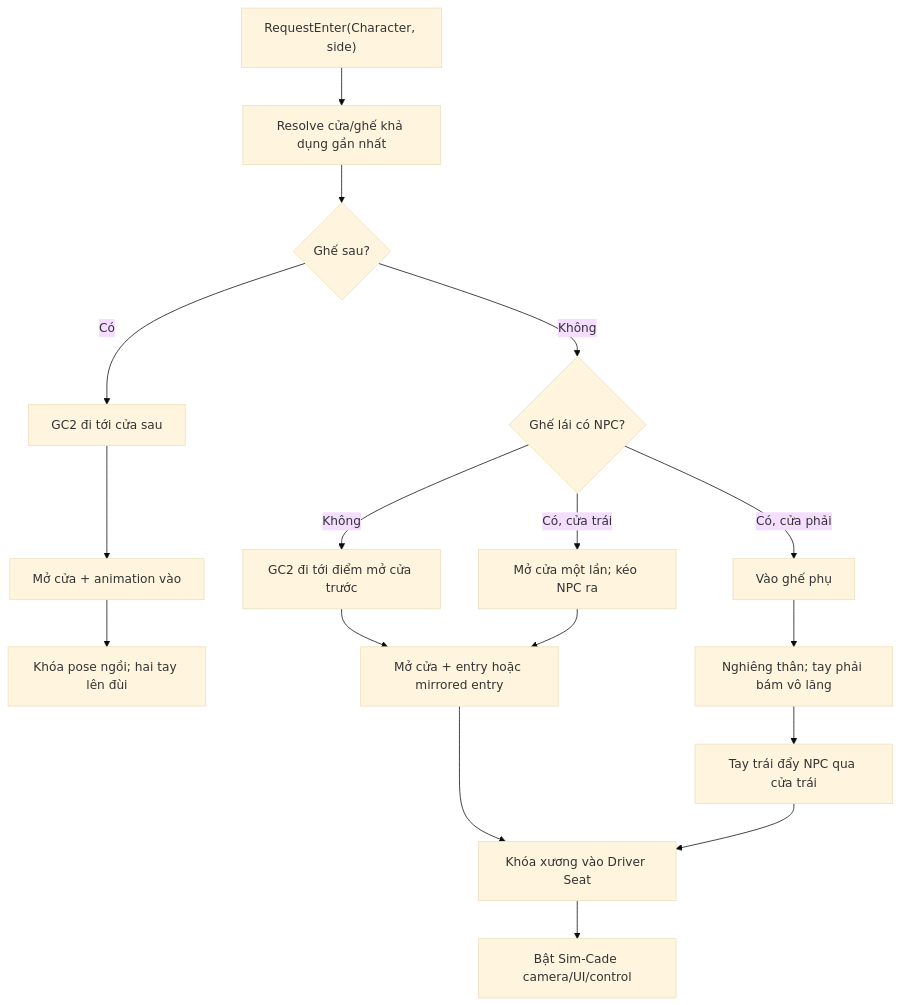
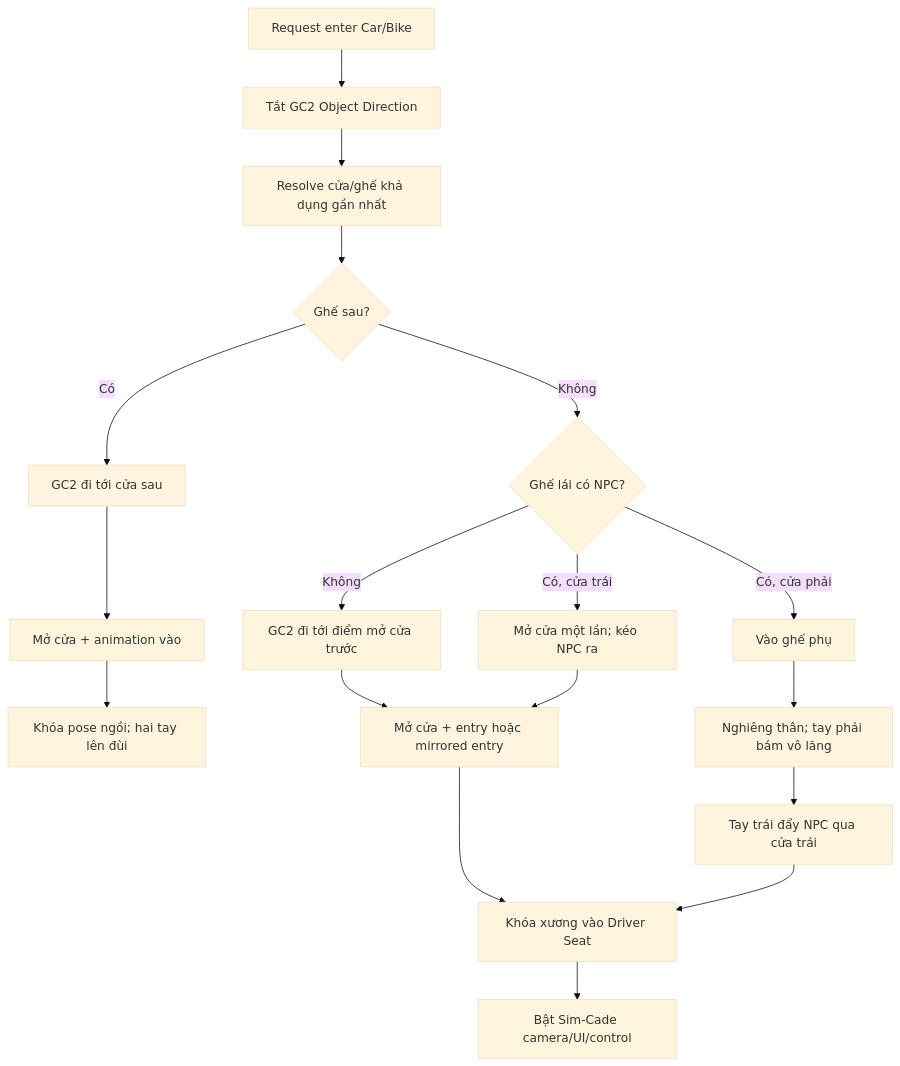
One commit to diepquocphong/AnonymousCrime changed the fourth of 5 diagrams in Assets/Ash Assets/Vehicle Integration/README.md. Above: the diagram before and after it, drawn with Mermaid (base theme). The commit also changed other lines of this file and 162 other files, not shown here.

````diff
--- a/Assets/Ash Assets/Vehicle Integration/README.md
+++ b/Assets/Ash Assets/Vehicle Integration/README.md
@@ -687,19 +771,20 @@
 ```mermaid
 flowchart TD
-    A["RequestEnter(Character, side)"] --> B["Resolve cửa/ghế khả dụng gần nhất"]
+    A["Request enter Car/Bike"] --> A1["Tắt GC2 Object Direction"]
+    A1 --> B["Resolve cửa/ghế khả dụng gần nhất"]
     B --> C{"Ghế sau?"}
     C -- Có --> D["GC2 đi tới cửa sau"]
     D --> E["Mở cửa + animation vào"]
     E --> F["Khóa pose ngồi; hai tay lên đùi"]
     C -- Không --> G{"Ghế lái có NPC?"}
     G -- Không --> H["GC2 đi tới điểm mở cửa trước"]
     H --> I["Mở cửa + entry hoặc mirrored entry"]
     I --> J["Khóa xương vào Driver Seat"]
     J --> K["Bật Sim-Cade camera/UI/control"]
     G -- Có, cửa trái --> L["Mở cửa một lần; kéo NPC ra"]
     L --> I
     G -- Có, cửa phải --> M["Vào ghế phụ"]
     M --> N["Nghiêng thân; tay phải bám vô lăng"]
     N --> O["Tay trái đẩy NPC qua cửa trái"]
     O --> J
 ```
````
